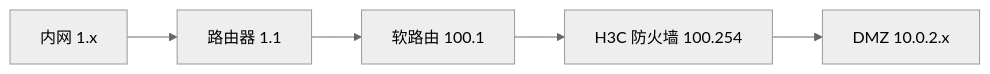
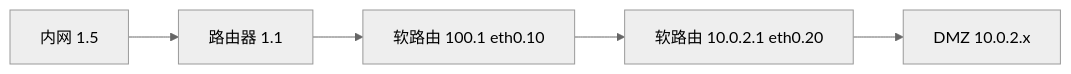
The second of 2 diagrams in source/_posts/home-network-setup.md (never-give-up-cn/myhome), drawn with Mermaid (neutral theme) before and after one commit. The commit also changed other lines of this file and 2 other files, not shown here.

````diff
--- a/source/_posts/home-network-setup.md
+++ b/source/_posts/home-network-setup.md
@@ -693,7 +475,7 @@
 ```mermaid
 graph LR
-    A[内网 1.x] --> B[路由器 1.1]
-    B --> C[软路由 100.1]
-    C --> D[H3C 防火墙 100.254]
+    A[内网 1.5] --> B[路由器 1.1]
+    B --> C[软路由 100.1 eth0.10]
+    C --> D[软路由 10.0.2.1 eth0.20]
     D --> E[DMZ 10.0.2.x]
 ```
````
